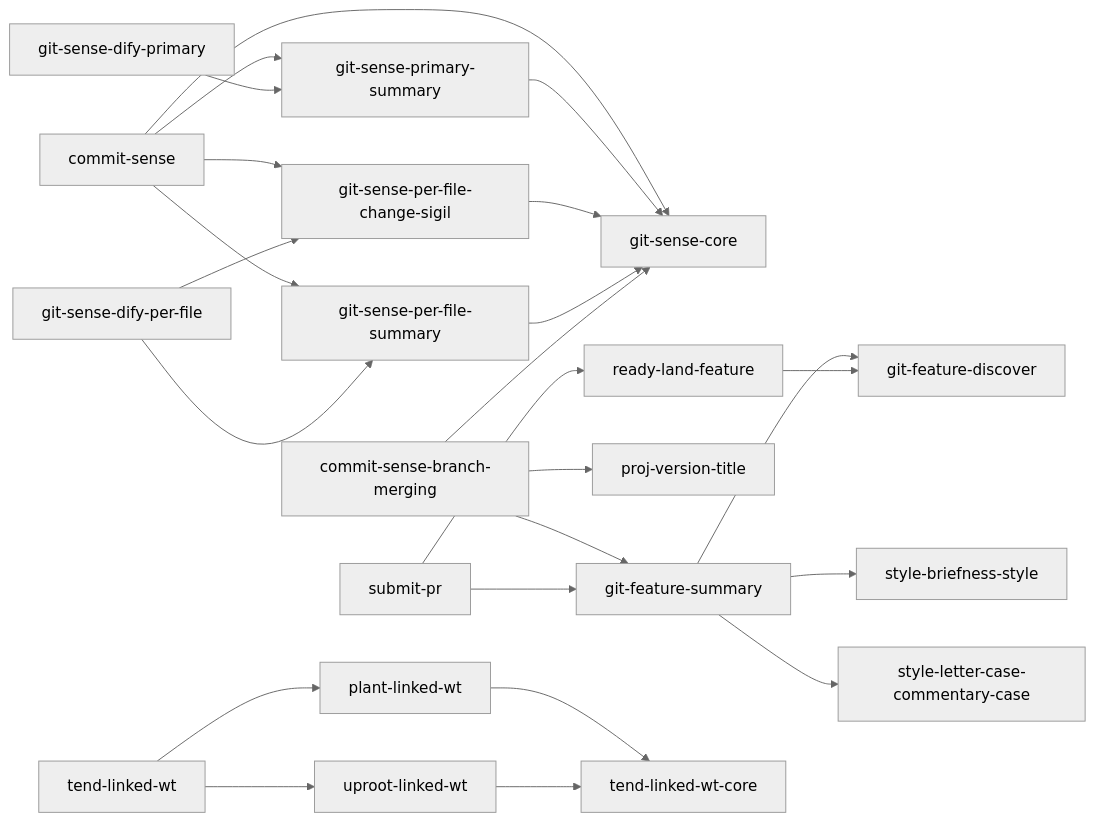
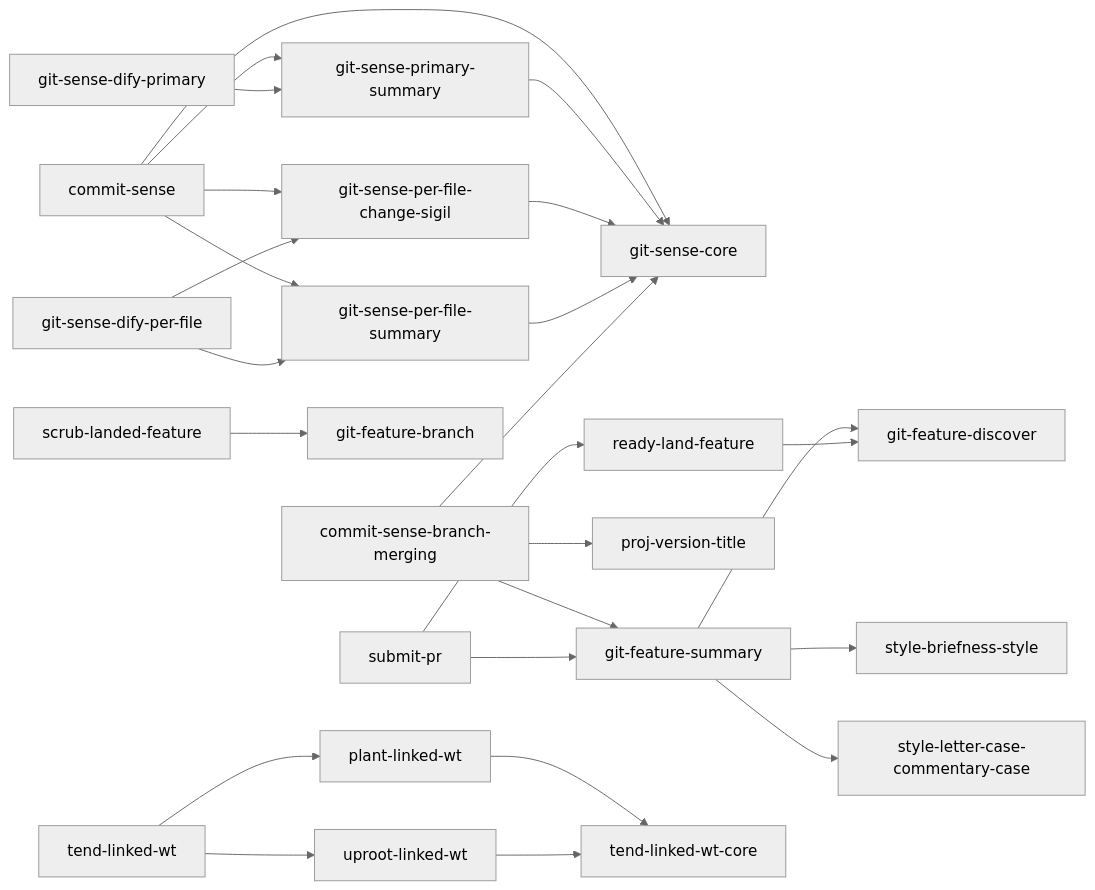
The third of 7 diagrams in docs/blueprint-doc.md (kami-lel/kaye-library), drawn with Mermaid (neutral theme) before and after one commit. The commit also changed other lines of this file and 3 other files, not shown here.

First line of the commit message:
document scrub skills: changelog, graphs, catalog

````diff
--- a/docs/blueprint-doc.md
+++ b/docs/blueprint-doc.md
@@ -77,26 +78,27 @@
 ```mermaid
 flowchart LR
     commit_sense["commit-sense"] --> git_sense_core["git-sense-core"]
     commit_sense --> git_sense_primary_summary["git-sense-primary-summary"]
     commit_sense --> git_sense_per_file_change_sigil["git-sense-per-file-change-sigil"]
     commit_sense --> git_sense_per_file_summary["git-sense-per-file-summary"]
     git_sense_primary_summary --> git_sense_core
     git_sense_per_file_change_sigil --> git_sense_core
     git_sense_per_file_summary --> git_sense_core
     commit_sense_branch_merging["commit-sense-branch-merging"] --> git_sense_core
     commit_sense_branch_merging --> git_feature_summary["git-feature-summary"]
     commit_sense_branch_merging --> proj_version_title["proj-version-title"]
     git_sense_dify_primary["git-sense-dify-primary"] --> git_sense_primary_summary
     git_sense_dify_per_file["git-sense-dify-per-file"] --> git_sense_per_file_change_sigil
     git_sense_dify_per_file --> git_sense_per_file_summary
     git_feature_summary["git-feature-summary"] --> git_feature_discover["git-feature-discover"]
     ready_land_feature["ready-land-feature"] --> git_feature_discover
+    scrub_landed_feature["scrub-landed-feature"] --> git_feature_branch["git-feature-branch"]
     submit_pr["submit-pr"] --> ready_land_feature
     submit_pr --> git_feature_summary
     tend_linked_wt["tend-linked-wt"] --> plant_linked_wt["plant-linked-wt"]
     tend_linked_wt --> uproot_linked_wt["uproot-linked-wt"]
     plant_linked_wt --> tend_linked_wt_core["tend-linked-wt-core"]
     uproot_linked_wt --> tend_linked_wt_core
     git_feature_summary --> style_briefness_style["style-briefness-style"]
     git_feature_summary --> style_letter_case_commentary_case["style-letter-case-commentary-case"]
 ```
````
